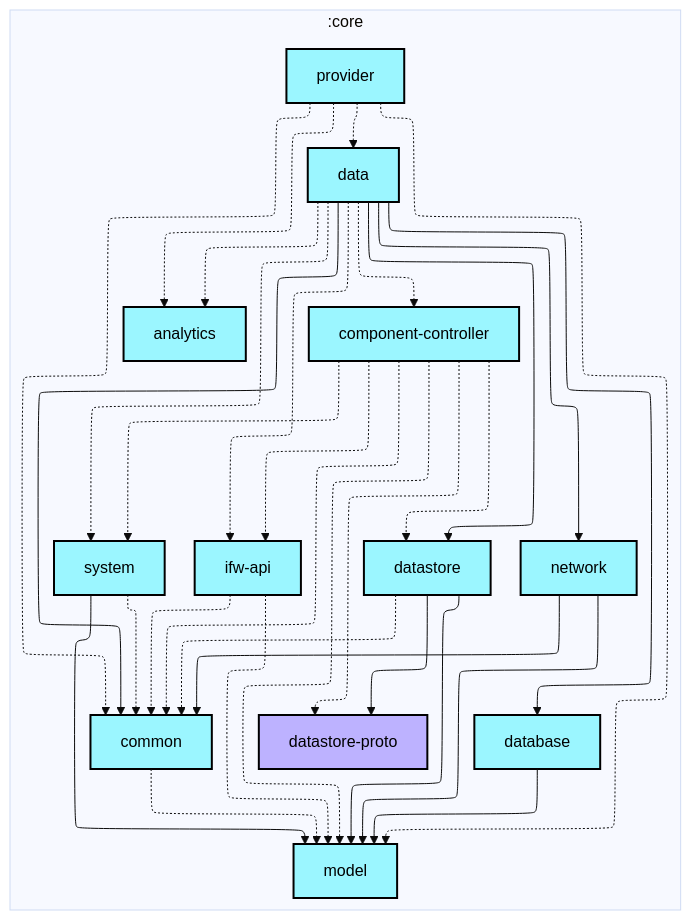
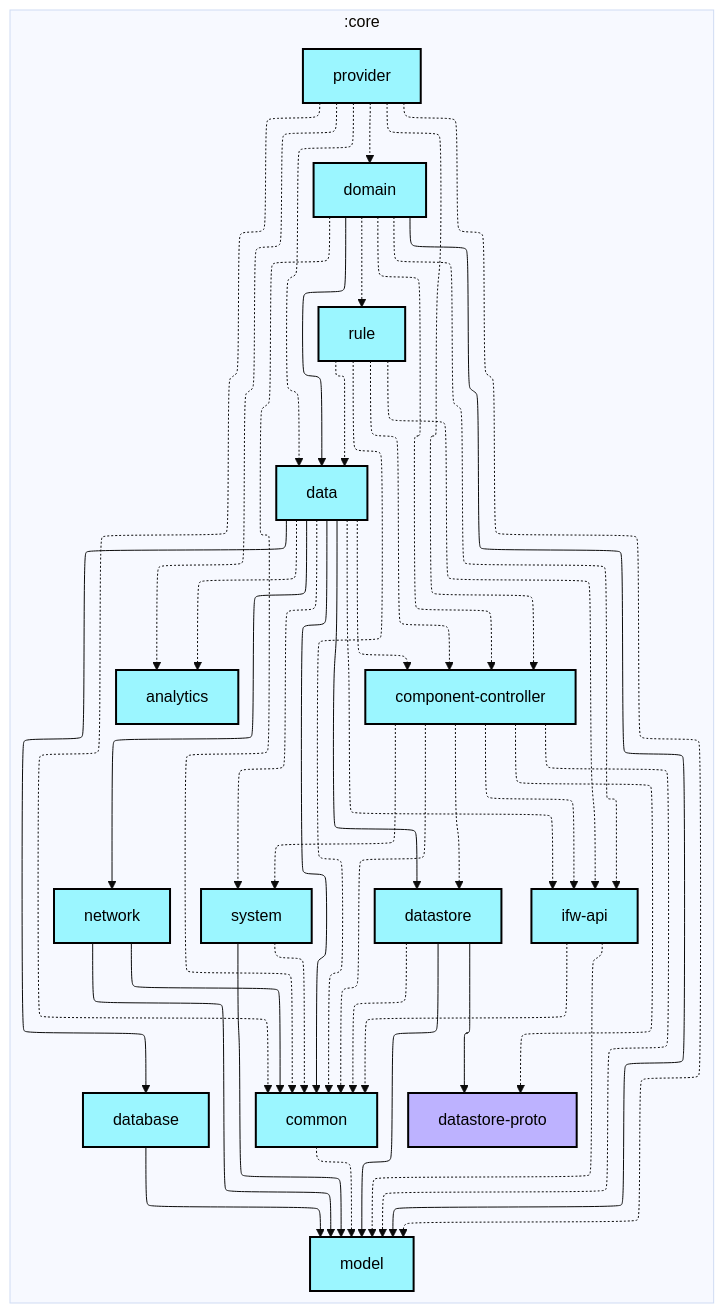
One commit to lihenggui/blocker changed the first of 2 diagrams in core/provider/README.md. Above: the diagram before and after it, drawn with Mermaid (base theme). The commit also changed 28 other files, not shown here.

First line of the commit message:
Move the component provider to device repositories

````diff
--- a/core/provider/README.md
+++ b/core/provider/README.md
@@ -6,61 +6,75 @@
 ```mermaid
 ---
 config:
   layout: elk
   elk:
     nodePlacementStrategy: SIMPLE
 ---
 graph TB
   subgraph :core
     direction TB
     :core:analytics[analytics]:::android-library
     :core:common[common]:::android-library
     :core:component-controller[component-controller]:::android-library
     :core:data[data]:::android-library
     :core:database[database]:::android-library
     :core:datastore[datastore]:::android-library
     :core:datastore-proto[datastore-proto]:::jvm-library
+    :core:domain[domain]:::android-library
     :core:ifw-api[ifw-api]:::android-library
     :core:model[model]:::android-library
     :core:network[network]:::android-library
     :core:provider[provider]:::android-library
+    :core:rule[rule]:::android-library
     :core:system[system]:::android-library
   end
 
   :core:common -.-> :core:model
   :core:component-controller -.-> :core:common
   :core:component-controller -.-> :core:datastore
   :core:component-controller -.-> :core:datastore-proto
   :core:component-controller -.-> :core:ifw-api
   :core:component-controller -.-> :core:model
   :core:component-controller -.-> :core:system
   :core:data -.-> :core:analytics
   :core:data --> :core:common
   :core:data -.-> :core:component-controller
   :core:data --> :core:database
   :core:data --> :core:datastore
   :core:data -.-> :core:ifw-api
   :core:data --> :core:network
   :core:data -.-> :core:system
   :core:database --> :core:model
   :core:datastore -.-> :core:common
   :core:datastore --> :core:datastore-proto
   :core:datastore --> :core:model
+  :core:domain -.-> :core:common
+  :core:domain -.-> :core:component-controller
+  :core:domain --> :core:data
+  :core:domain -.-> :core:ifw-api
+  :core:domain --> :core:model
+  :core:domain -.-> :core:rule
   :core:ifw-api -.-> :core:common
   :core:ifw-api -.-> :core:model
   :core:network --> :core:common
   :core:network --> :core:model
   :core:provider -.-> :core:analytics
   :core:provider -.-> :core:common
+  :core:provider -.-> :core:component-controller
   :core:provider -.-> :core:data
+  :core:provider -.-> :core:domain
   :core:provider -.-> :core:model
+  :core:rule -.-> :core:common
+  :core:rule -.-> :core:component-controller
+  :core:rule -.-> :core:data
+  :core:rule -.-> :core:ifw-api
   :core:system -.-> :core:common
   :core:system --> :core:model
 
 classDef android-application fill:#CAFFBF,stroke:#000,stroke-width:2px,color:#000;
 classDef android-feature fill:#FFD6A5,stroke:#000,stroke-width:2px,color:#000;
 classDef android-library fill:#9BF6FF,stroke:#000,stroke-width:2px,color:#000;
 classDef android-test fill:#A0C4FF,stroke:#000,stroke-width:2px,color:#000;
 classDef jvm-library fill:#BDB2FF,stroke:#000,stroke-width:2px,color:#000;
 classDef unknown fill:#FFADAD,stroke:#000,stroke-width:2px,color:#000;
 ```
````
